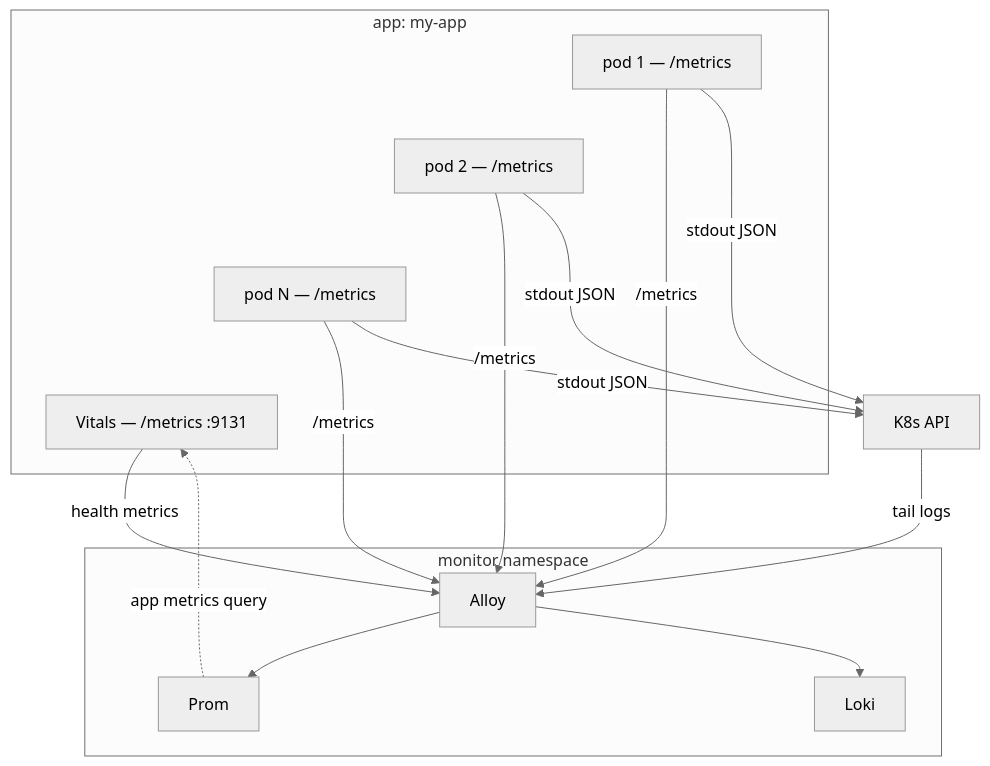
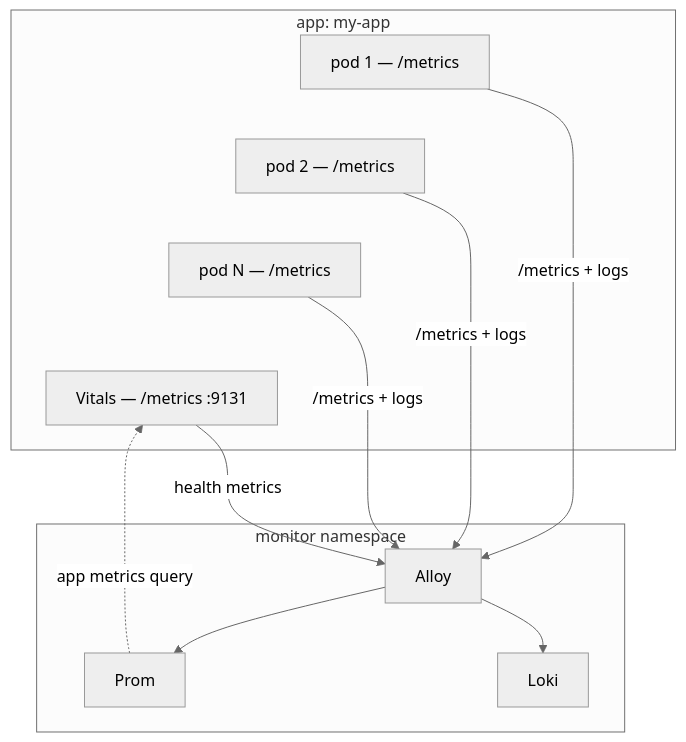
The diagram in docs/reference/patterns/observability-contract.md (Kord96/kordinate), drawn with Mermaid (neutral theme) before and after one commit.

Commit message:
docs: remove K8s API block from contract diagram [scribe]

````diff
--- a/docs/reference/patterns/observability-contract.md
+++ b/docs/reference/patterns/observability-contract.md
@@ -7,20 +7,18 @@
 ```mermaid
 flowchart TB
     subgraph app["app: my-app"]
         P1[pod 1 — /metrics]
         P2[pod 2 — /metrics]
         PN[pod N — /metrics]
         VIT[Vitals — /metrics :9131]
         P1 ~~~ P2 ~~~ PN ~~~ VIT
     end
 
-    P1 & P2 & PN -->|/metrics| AL
-    P1 & P2 & PN -->|stdout JSON| K8S[K8s API]
-    K8S -->|tail logs| AL
+    P1 & P2 & PN -->|/metrics + logs| AL
     VIT -->|health metrics| AL
     PR -.->|app metrics query| VIT
 
     subgraph mon[monitor namespace]
         AL[Alloy] --> PR[Prom] & LK[Loki]
     end
 ```
````
